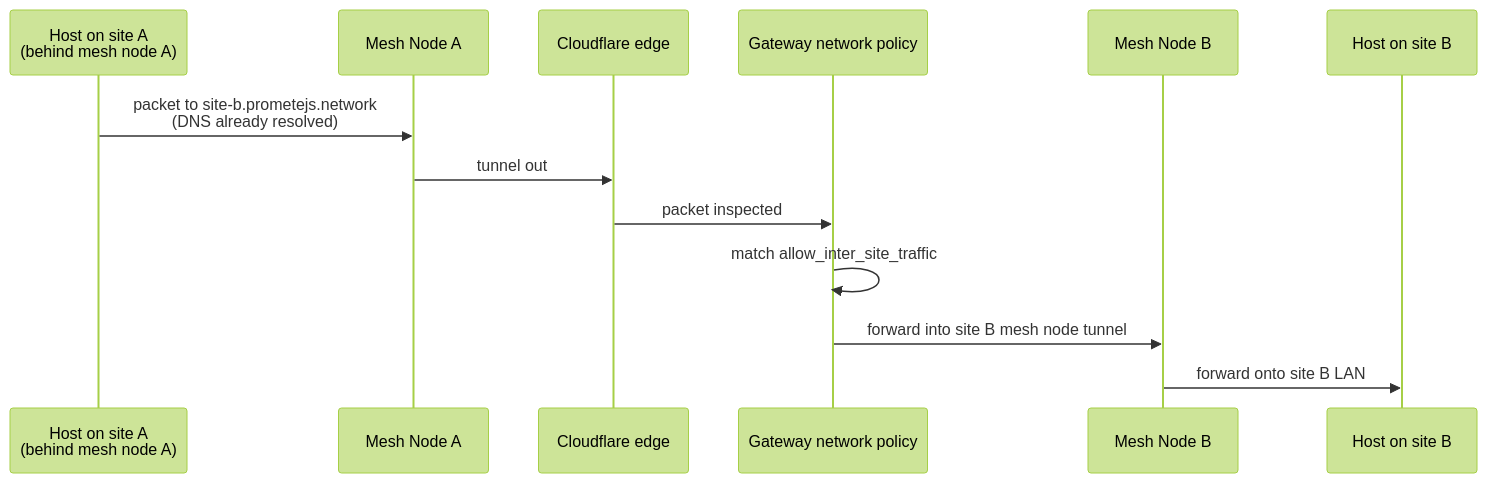
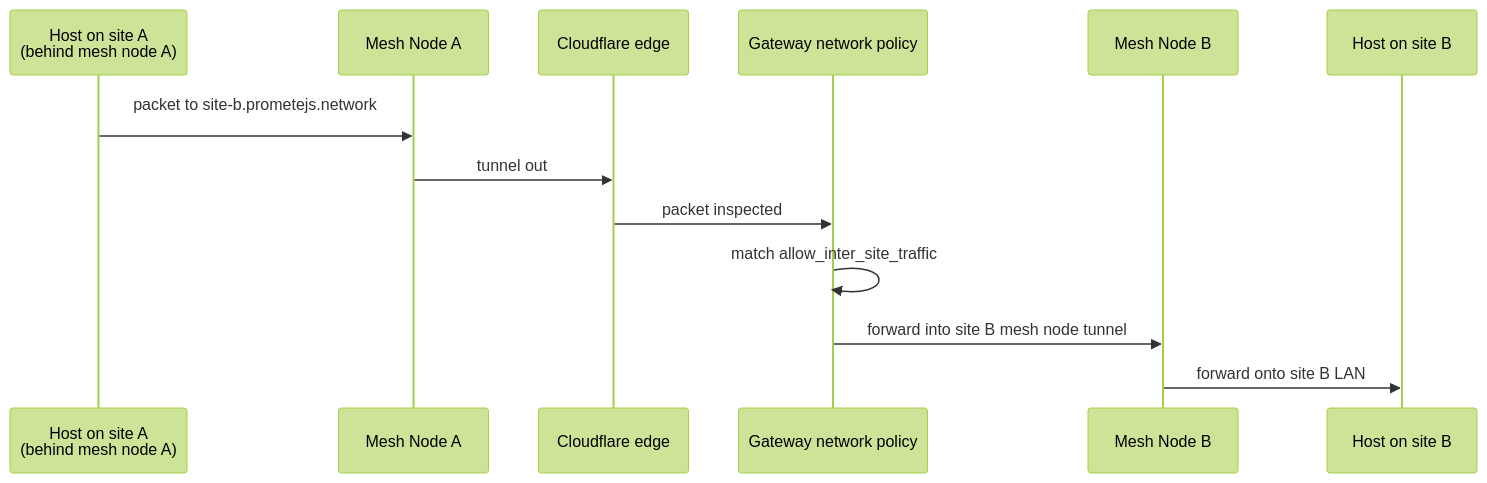
The diagram in NOTES.md (prometejs/cf-mesh-terraform-infra), drawn with Mermaid (forest theme) before and after one commit. The commit also changed other lines of this file and 3 other files, not shown here.

````diff
--- a/NOTES.md
+++ b/NOTES.md
@@ -126,15 +87,15 @@
 ```mermaid
 sequenceDiagram
     participant HA as Host on site A<br/>(behind mesh node A)
     participant TA as Mesh Node A
     participant CFE as Cloudflare edge
     participant GW as Gateway network policy
     participant TB as Mesh Node B
     participant HB as Host on site B
-    HA->>TA: packet to site-b.prometejs.network<br/>(DNS already resolved)
+    HA->>TA: packet to site-b.prometejs.network<br/>
     TA->>CFE: tunnel out
     CFE->>GW: packet inspected
     GW->>GW: match allow_inter_site_traffic
     GW->>TB: forward into site B mesh node tunnel
     TB->>HB: forward onto site B LAN
 ```
````
